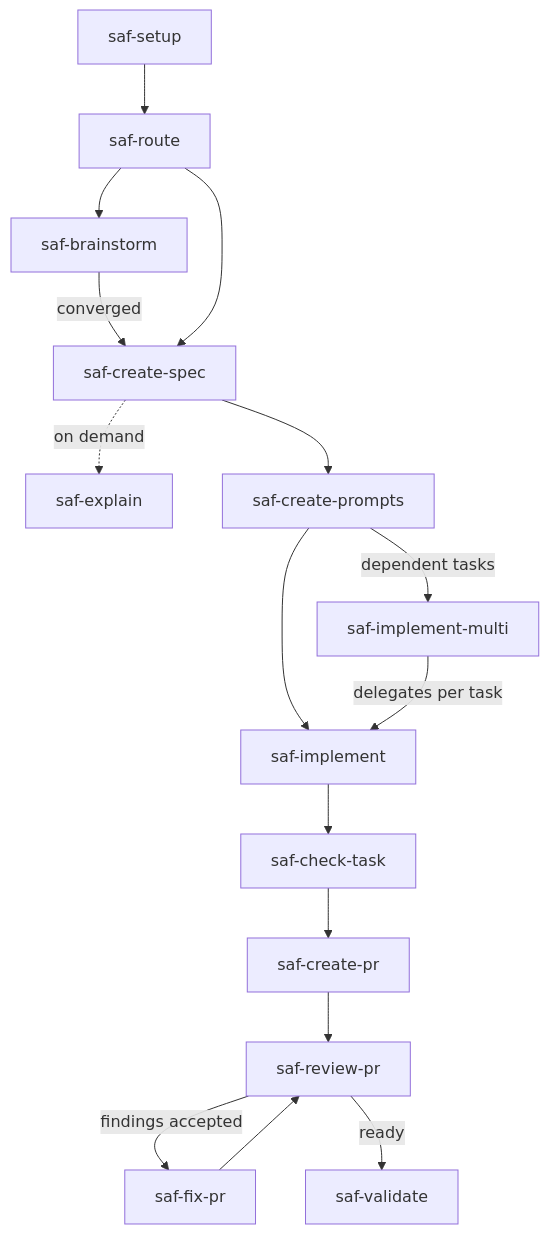
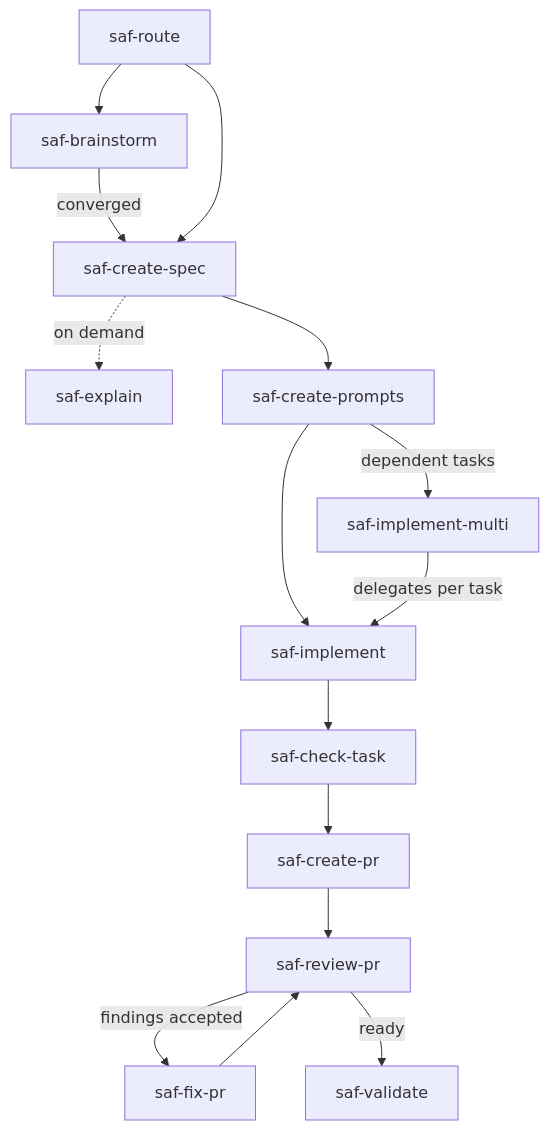
Before and after one commit to gmartins-dev/sdd-agentic-flow: the diagram in shared/templates/workflow-diagram.mmd, drawn with Mermaid. The commit also changed 119 other files, not shown here.

```diff
--- a/shared/templates/workflow-diagram.mmd
+++ b/shared/templates/workflow-diagram.mmd
@@ -1,16 +1,15 @@
 flowchart TD
-  setup[saf-setup] --> route[saf-route]
-  route --> brainstorm[saf-brainstorm]
+  route[saf-route] --> brainstorm[saf-brainstorm]
   brainstorm -->|converged| specs[saf-create-spec]
   route --> specs
   specs -.->|on demand| explain[saf-explain]
   specs --> prompts[saf-create-prompts]
   prompts --> implement[saf-implement]
   prompts -->|dependent tasks| implementmulti[saf-implement-multi]
   implementmulti -->|delegates per task| implement
   implement --> check[saf-check-task]
   check --> pr[saf-create-pr]
   pr --> review[saf-review-pr]
   review -->|findings accepted| fix[saf-fix-pr]
   fix --> review
   review -->|ready| validate[saf-validate]
```
